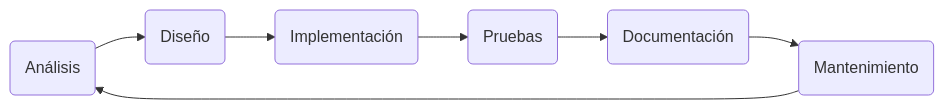
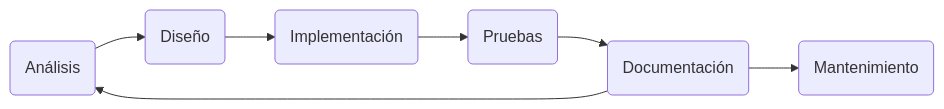
One commit to marcosruiz/marcosruiz.github.io changed the second of 4 diagrams in _posts/2022-04-01-analisis-desarrollo-prueba-aplicaciones.md. Above: the diagram before and after it, drawn with Mermaid. The commit also changed other lines of this file, not shown here.

````diff
--- a/_posts/2022-04-01-analisis-desarrollo-prueba-aplicaciones.md
+++ b/_posts/2022-04-01-analisis-desarrollo-prueba-aplicaciones.md
@@ -44,9 +59,9 @@
 ```mermaid
 flowchart LR
 A(Análisis) --> B(Diseño)
 B(Diseño) --> C(Implementación)
 C(Implementación) --> D(Pruebas)
 D(Pruebas) --> E(Documentación)
+E --> A
 E(Documentación) --> F(Mantenimiento)
-F --> A
 ```
````
